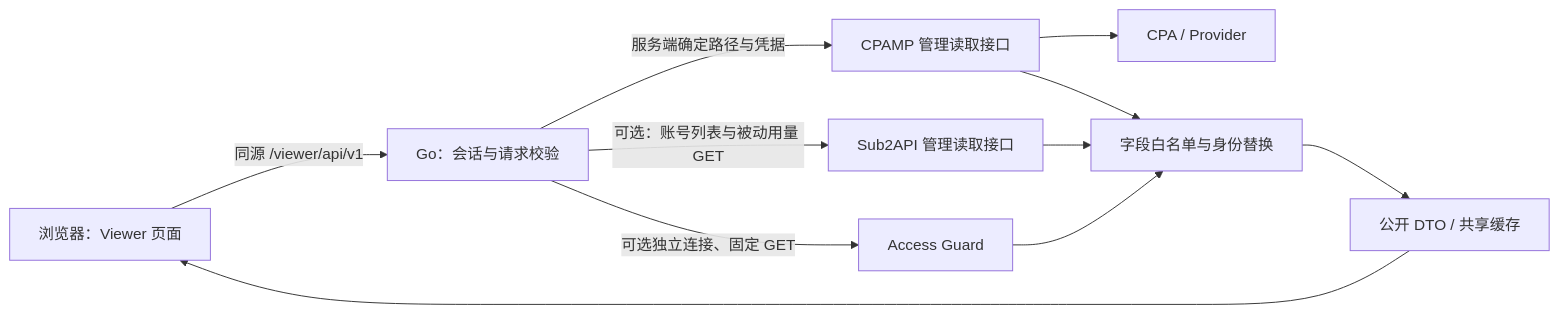
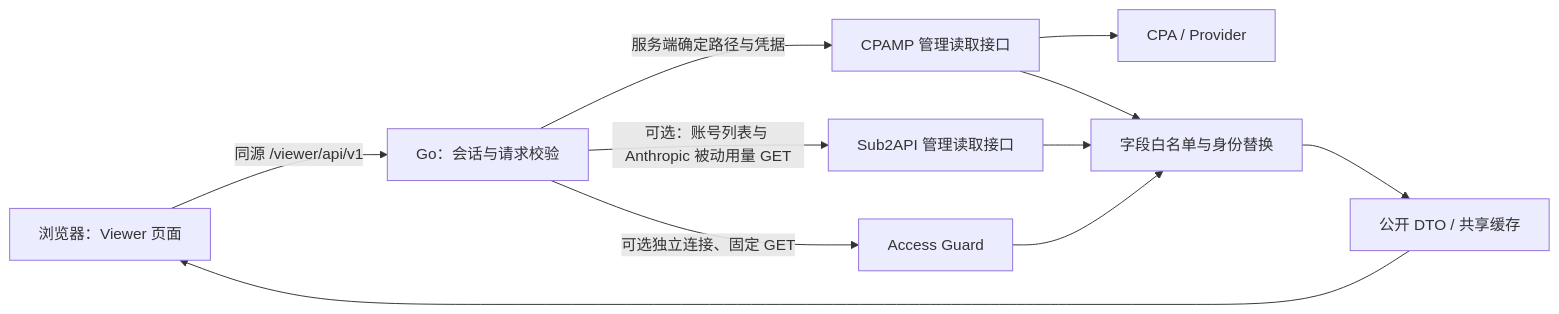
One commit to HuaGCS/cpamp-viewer changed the diagram in docs/ARCHITECTURE.md. Above: the diagram before and after it, drawn with Mermaid. The commit also changed other lines of this file and 3 other files, not shown here.

Commit message:
fix: read cached Sub2API Codex quota without passive endpoint

````diff
--- a/docs/ARCHITECTURE.md
+++ b/docs/ARCHITECTURE.md
@@ -47,13 +47,13 @@
 ```mermaid
 flowchart LR
     Browser[浏览器：Viewer 页面] -->|同源 /viewer/api/v1| API[Go：会话与请求校验]
     API -->|服务端确定路径与凭据| CPAMP[CPAMP 管理读取接口]
-    API -->|可选：账号列表与被动用量 GET| Sub2API[Sub2API 管理读取接口]
+    API -->|可选：账号列表与 Anthropic 被动用量 GET| Sub2API[Sub2API 管理读取接口]
     CPAMP --> CPA[CPA / Provider]
     CPAMP --> Projection[字段白名单与身份替换]
     Sub2API --> Projection
     Projection --> Cache[公开 DTO / 共享缓存]
     Cache --> Browser
     API -->|可选独立连接、固定 GET| Guard[Access Guard]
     Guard --> Projection
 ```
````
